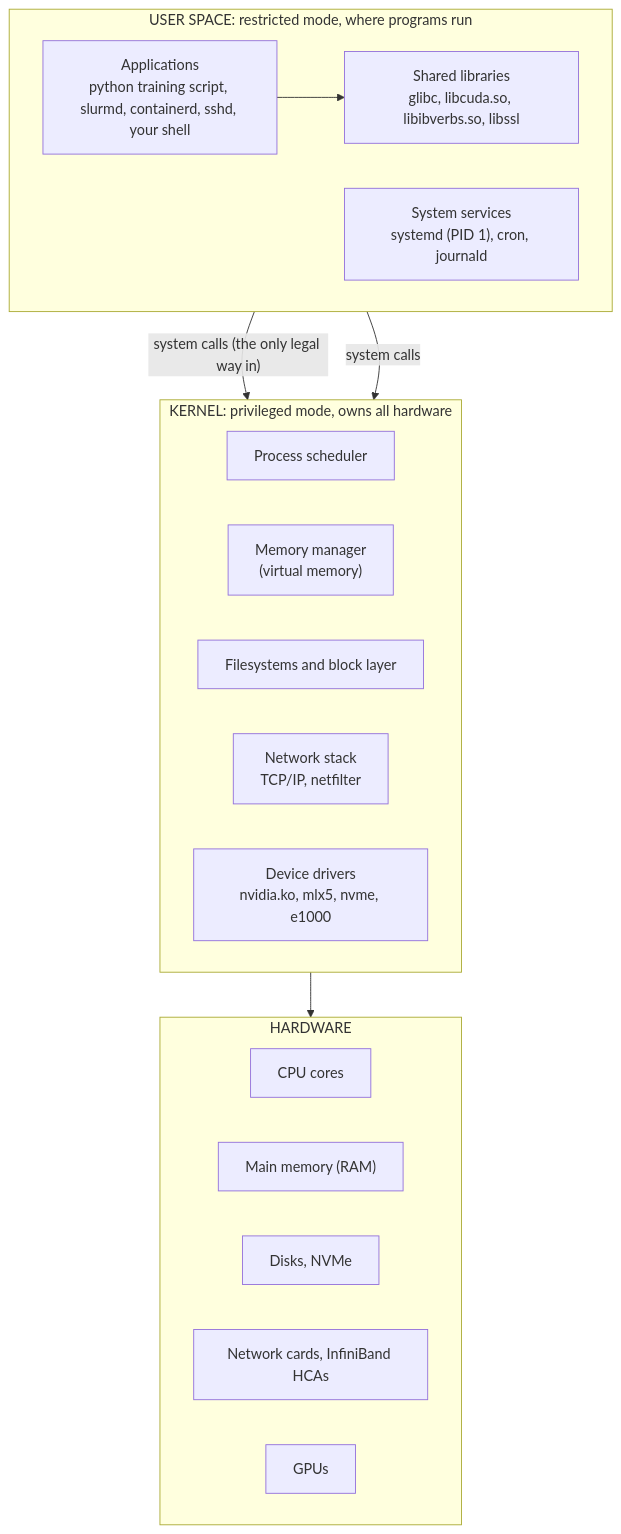
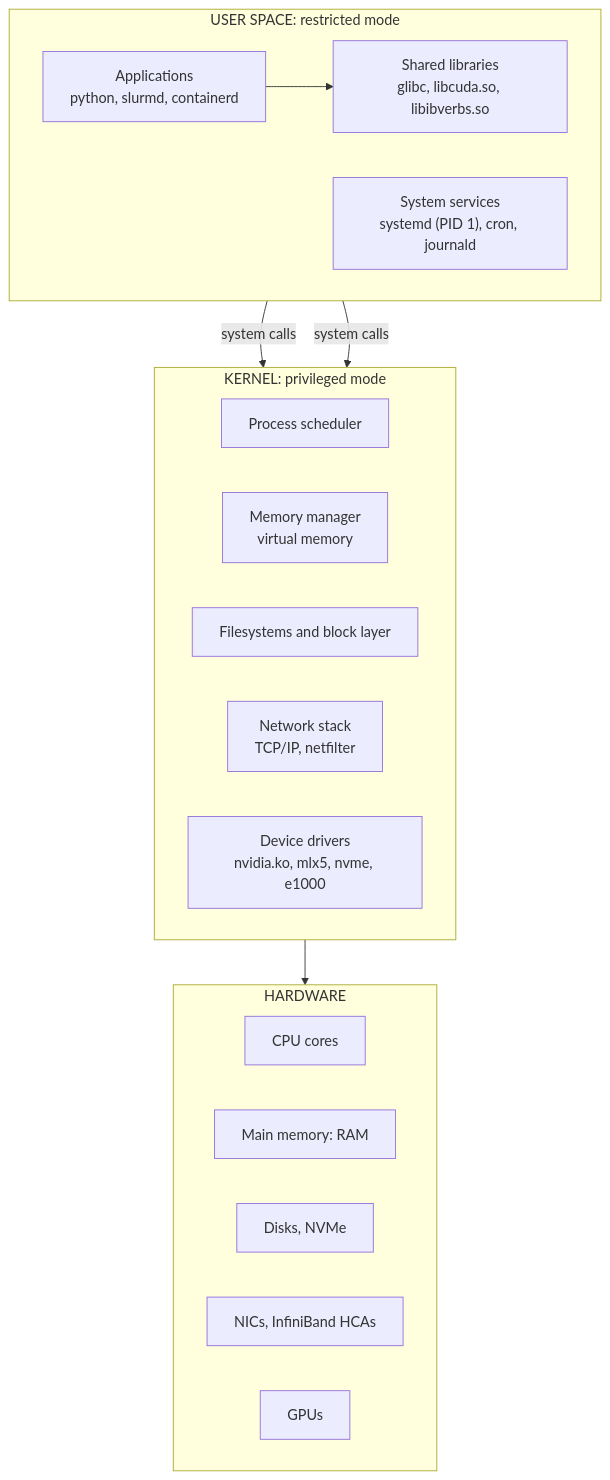
The first of 5 diagrams in docs/part-01-linux/01-the-linux-big-picture-kernel-userspace-distributions.md (jithinpnjm/ai-infra-handbook), drawn with Mermaid before and after one commit. The commit also changed other lines of this file and 11 other files, not shown here.

````diff
--- a/docs/part-01-linux/01-the-linux-big-picture-kernel-userspace-distributions.md
+++ b/docs/part-01-linux/01-the-linux-big-picture-kernel-userspace-distributions.md
@@ -51,29 +58,29 @@
 ```mermaid
 flowchart TB
-  subgraph UserSpace["USER SPACE: restricted mode, where programs run"]
+  subgraph UserSpace["USER SPACE: restricted mode"]
     direction LR
-    APPS["Applications<br/>python training script, slurmd, containerd, sshd, your shell"]
-    LIBS["Shared libraries<br/>glibc, libcuda.so, libibverbs.so, libssl"]
+    APPS["Applications<br/>python, slurmd, containerd"]
+    LIBS["Shared libraries<br/>glibc, libcuda.so, libibverbs.so"]
     INIT["System services<br/>systemd (PID 1), cron, journald"]
   end
-  subgraph Kernel["KERNEL: privileged mode, owns all hardware"]
+  subgraph Kernel["KERNEL: privileged mode"]
     direction LR
     SCHED["Process scheduler"]
-    MEM["Memory manager<br/>(virtual memory)"]
+    MEM["Memory manager<br/>virtual memory"]
     FS["Filesystems and block layer"]
     NET["Network stack<br/>TCP/IP, netfilter"]
     DRV["Device drivers<br/>nvidia.ko, mlx5, nvme, e1000"]
   end
   subgraph HW["HARDWARE"]
     direction LR
     CPU["CPU cores"]
-    RAM["Main memory (RAM)"]
+    RAM["Main memory: RAM"]
     DISK["Disks, NVMe"]
-    NIC["Network cards, InfiniBand HCAs"]
+    NIC["NICs, InfiniBand HCAs"]
     GPU["GPUs"]
   end
   APPS --> LIBS
-  LIBS -->|"system calls (the only legal way in)"| Kernel
+  LIBS -->|"system calls"| Kernel
   INIT -->|"system calls"| Kernel
   Kernel --> HW
 ```
````
